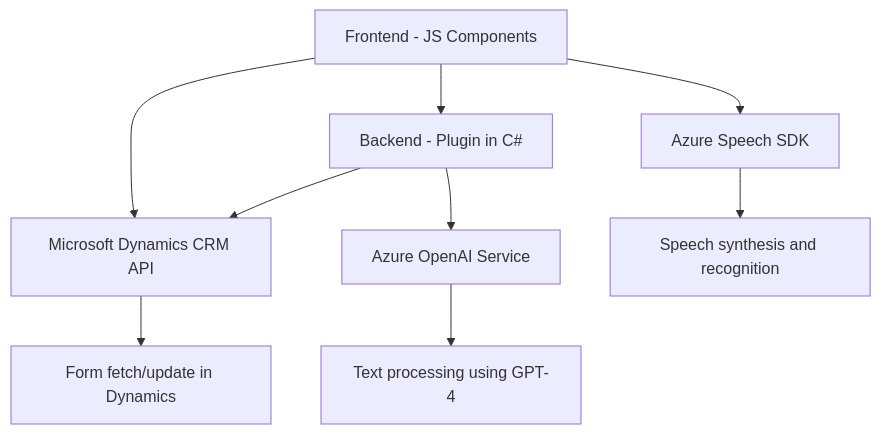
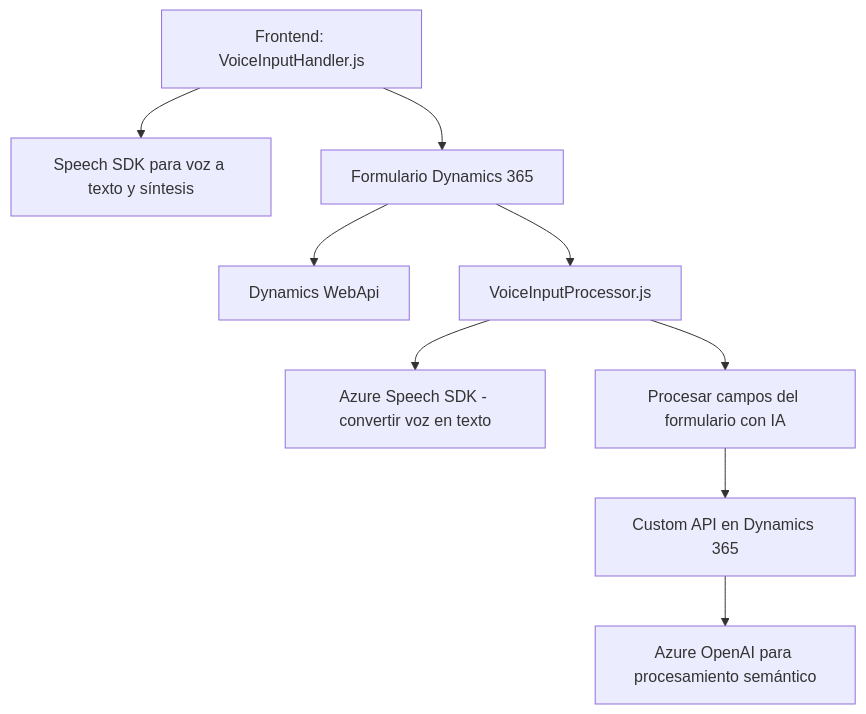
One commit to blopezdm/NETCORE_BILBAO2025 changed the diagram in README.md. Above: the diagram before and after it, drawn with Mermaid. The commit also changed other lines of this file, not shown here.

Commit message:
Actualizar análisis global de la solución con IA

````diff
--- a/README.md
+++ b/README.md
@@ -51,18 +39,11 @@
 ```mermaid
 graph TD
-    A[Frontend - JS Components]
-    B[Backend - Plugin in C#]
-    C[Azure Speech SDK]
-    D[Microsoft Dynamics CRM API]
-    E[Azure OpenAI Service]
-    
-    A --> C
-    A --> D
-    A --> B
-    B --> D
-    B --> E
-
-    C --> F["Speech synthesis and recognition"]
-    D --> G["Form fetch/update in Dynamics"]
-    E --> H["Text processing using GPT-4"]
+    A["Frontend: VoiceInputHandler.js"] --> B["Speech SDK para voz a texto y síntesis"]
+    A --> C["Formulario Dynamics 365"]
+    C --> D["Dynamics WebApi"]
+    C --> E["VoiceInputProcessor.js"]
+    E --> F["Azure Speech SDK - convertir voz en texto"]
+    E --> G["Procesar campos del formulario con IA"]
+    G --> H["Custom API en Dynamics 365"]
+    H --> I["Azure OpenAI para procesamiento semántico"]
 ```
````
